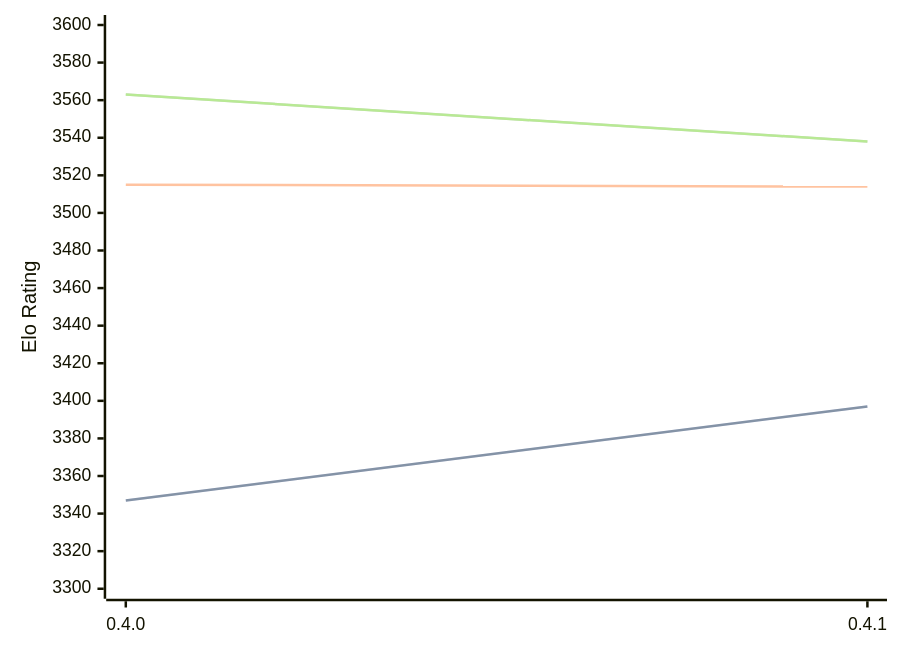
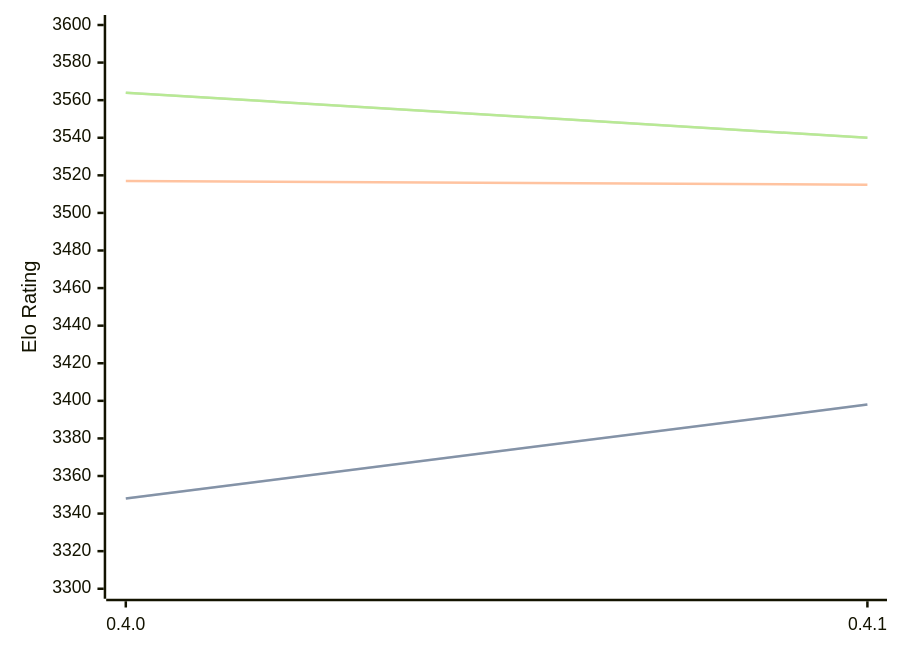
Before and after one commit to computer-chess-index/cci: the diagram in engines/Cinder.md, drawn with Mermaid. The commit also changed other lines of this file, not shown here.

Commit message:
Update CCI Ratings (ELO VLTC) - 2026-02-21

````diff
--- a/engines/Cinder.md
+++ b/engines/Cinder.md
@@ -37,11 +37,11 @@
 ```mermaid
 %%{init: {"theme":"base","themeVariables":{"seriesColors:['#a3a3a3','#222221','#faa371']}}}%%
 xychart-beta
   x-axis ["0.4.0", "0.4.1"]
   y-axis "Elo Rating" 3300 --> 3600
-  line "STC (8.0+0.08s)" [3347, 3397]
-  line "STC (8.0+0.08s)" [3347, 3397]
-  line "LTC (60.0+0.60s)" [3515, 3514]
-  line "VLTC (2m24s+1.12s)" [3563, 3538]
-  line "VLTC (2m24s+1.12s)" [3563, 3538]
+  line "STC (8.0+0.08s)" [3348, 3398]
+  line "STC (8.0+0.08s)" [3348, 3398]
+  line "LTC (60.0+0.60s)" [3517, 3515]
+  line "VLTC (2m24s+1.12s)" [3564, 3540]
+  line "VLTC (2m24s+1.12s)" [3564, 3540]
 ```
````
